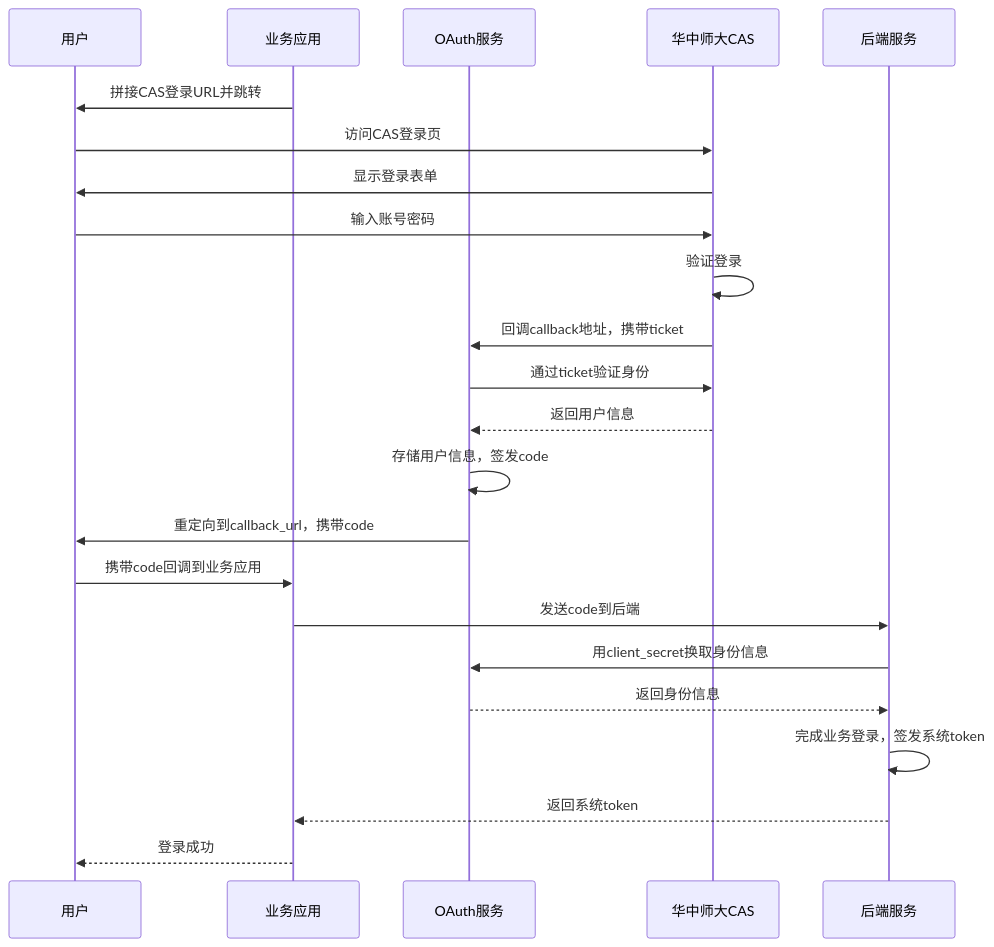
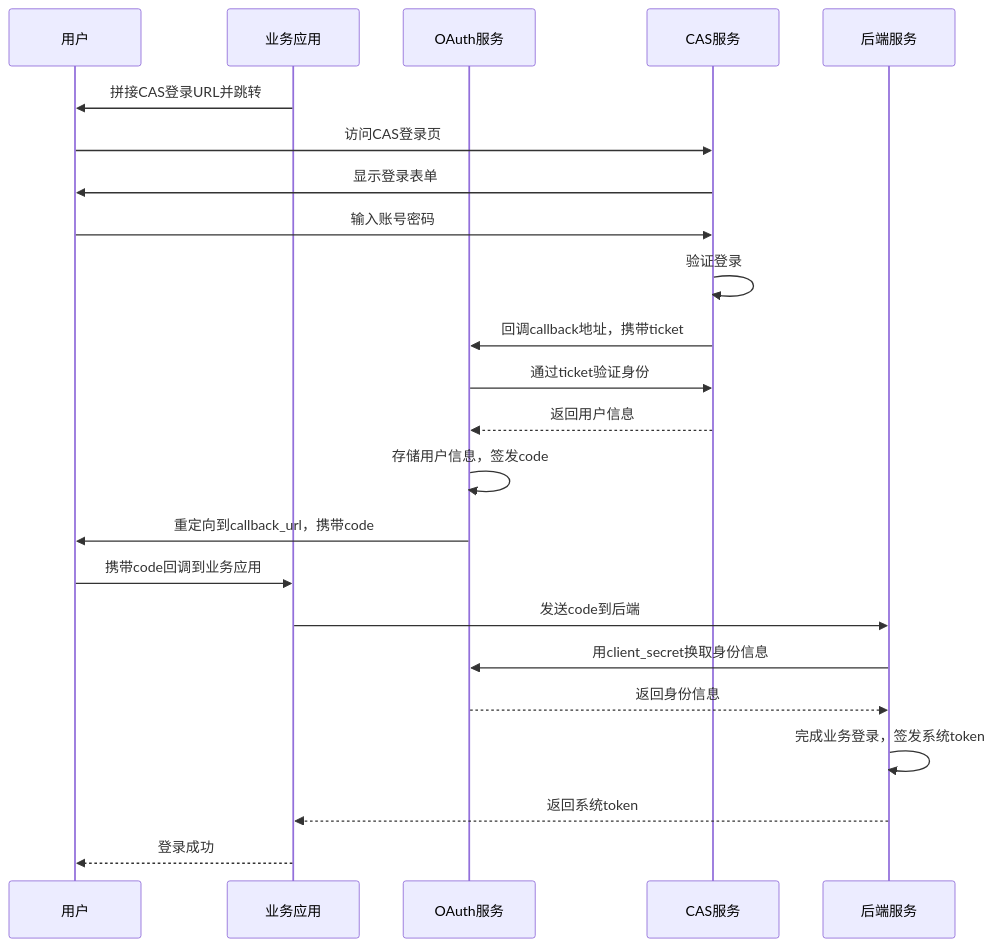
Before and after one commit to Muxi-X/muxi_auth_service_v2: the diagram in docs/cas-oauth-debug.md, drawn with Mermaid.

Commit message:
fix:修改流程图去掉CAS的华中师范特定称呼

````diff
--- a/docs/cas-oauth-debug.md
+++ b/docs/cas-oauth-debug.md
@@ -25,29 +25,29 @@
 ```mermaid
 sequenceDiagram
     participant User as 用户
     participant App as 业务应用
     participant OAuth as OAuth服务
-    participant CAS as 华中师大CAS
+    participant CAS as CAS服务
     participant Backend as 后端服务
 
     App->>User: 拼接CAS登录URL并跳转
     
     User->>CAS: 访问CAS登录页
     CAS->>User: 显示登录表单
     User->>CAS: 输入账号密码
     CAS->>CAS: 验证登录
     
     CAS->>OAuth: 回调callback地址，携带ticket
     OAuth->>CAS: 通过ticket验证身份
     CAS-->>OAuth: 返回用户信息
     OAuth->>OAuth: 存储用户信息，签发code
     OAuth->>User: 重定向到callback_url，携带code
     
     User->>App: 携带code回调到业务应用
     App->>Backend: 发送code到后端
     Backend->>OAuth: 用client_secret换取身份信息
     OAuth-->>Backend: 返回身份信息
     Backend->>Backend: 完成业务登录，签发系统token
     Backend-->>App: 返回系统token
     App-->>User: 登录成功
 ```
````
